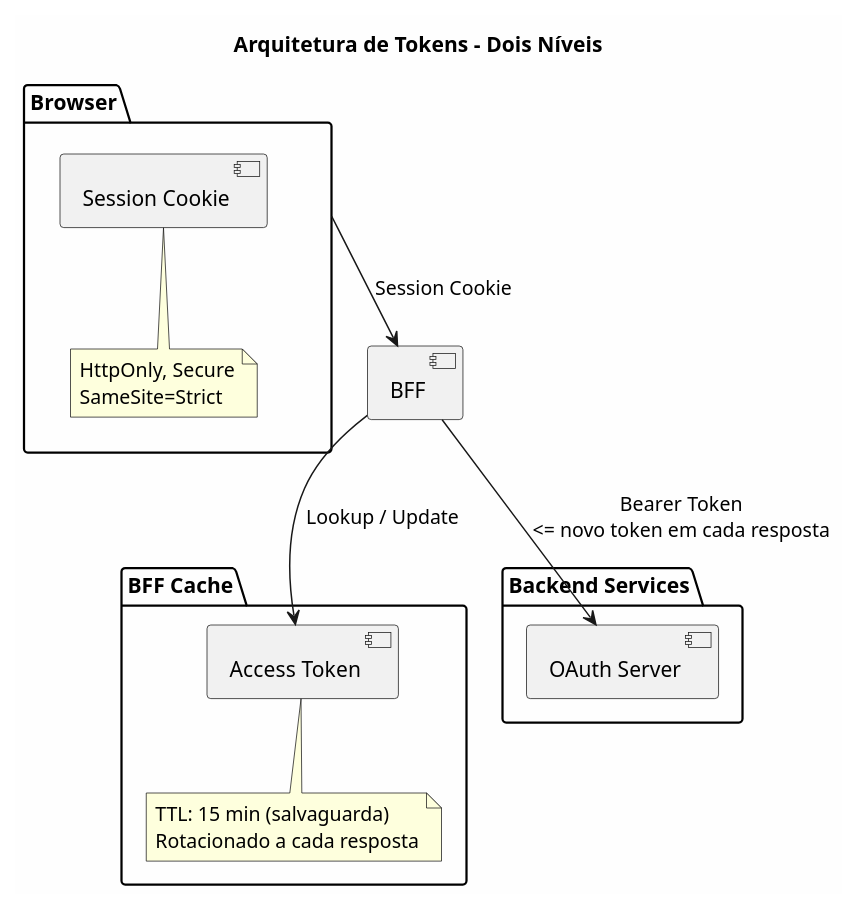
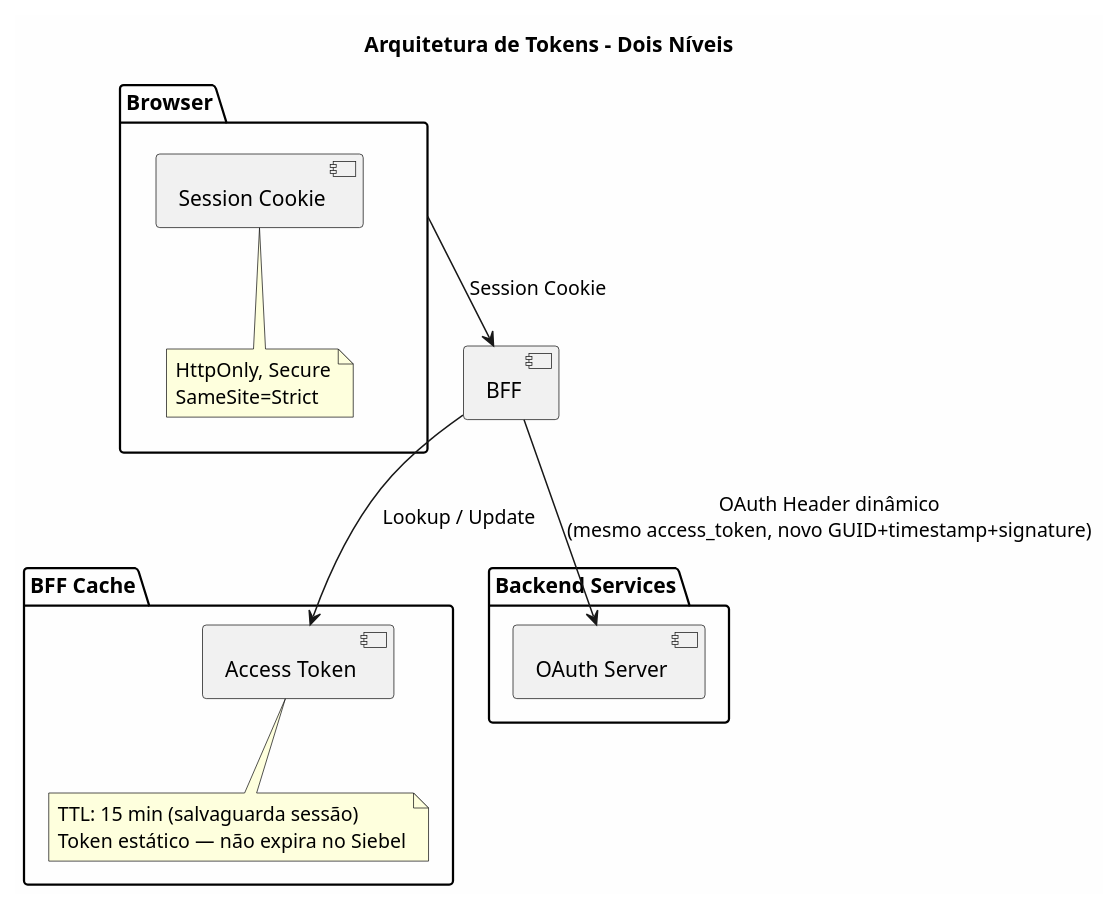
The fifth of 5 diagrams in project/sections/SEC-07-autenticacao-autorizacao.md (beduardo/novobanco_website_doc), drawn with PlantUML before and after one commit. The commit also changed other lines of this file and 15 other files, not shown here.

````diff
--- a/project/sections/SEC-07-autenticacao-autorizacao.md
+++ b/project/sections/SEC-07-autenticacao-autorizacao.md
@@ -302,32 +302,32 @@
 ```plantuml
 @startuml
 skinparam backgroundColor #FEFEFE
 
 title Arquitetura de Tokens - Dois Níveis
 
 package "Browser" {
     [Session Cookie] as SC
     note bottom of SC
         HttpOnly, Secure
         SameSite=Strict
     end note
 }
 
 package "BFF Cache" {
     [Access Token] as AT
     note bottom of AT
-        TTL: 15 min (salvaguarda)
-        Rotacionado a cada resposta
+        TTL: 15 min (salvaguarda sessão)
+        Token estático — não expira no Siebel
     end note
 }
 
 package "Backend Services" {
     [OAuth Server] as OAUTH
 }
 
 [Browser] --> [BFF] : Session Cookie
 [BFF] --> AT : Lookup / Update
-[BFF] --> OAUTH : Bearer Token\n<= novo token em cada resposta
+[BFF] --> OAUTH : OAuth Header dinâmico\n(mesmo access_token, novo GUID+timestamp+signature)
 
 @enduml
 ```
````
